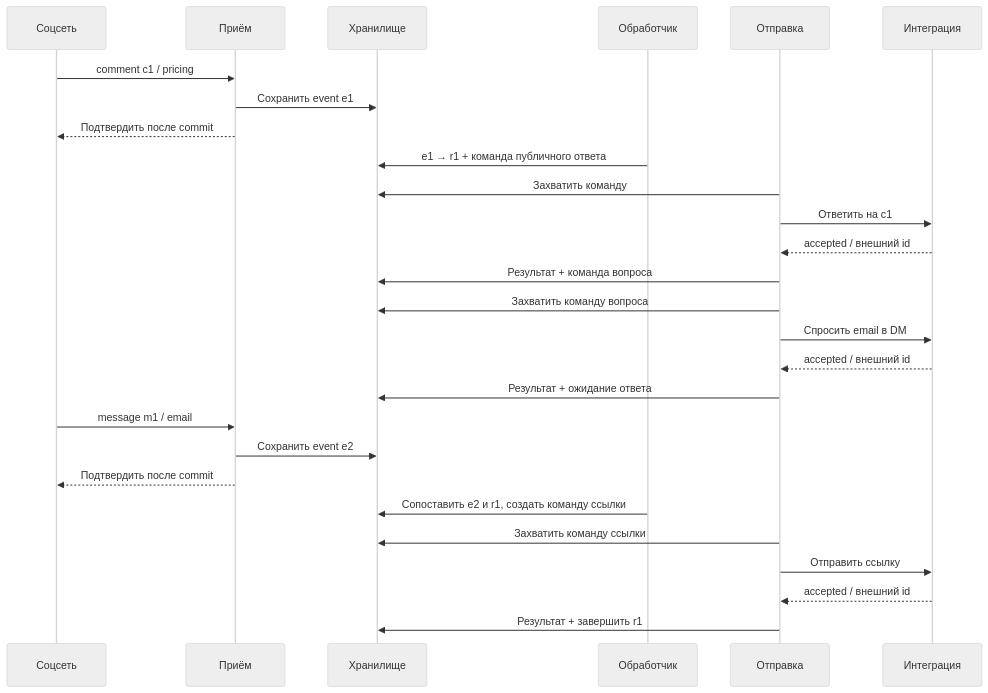
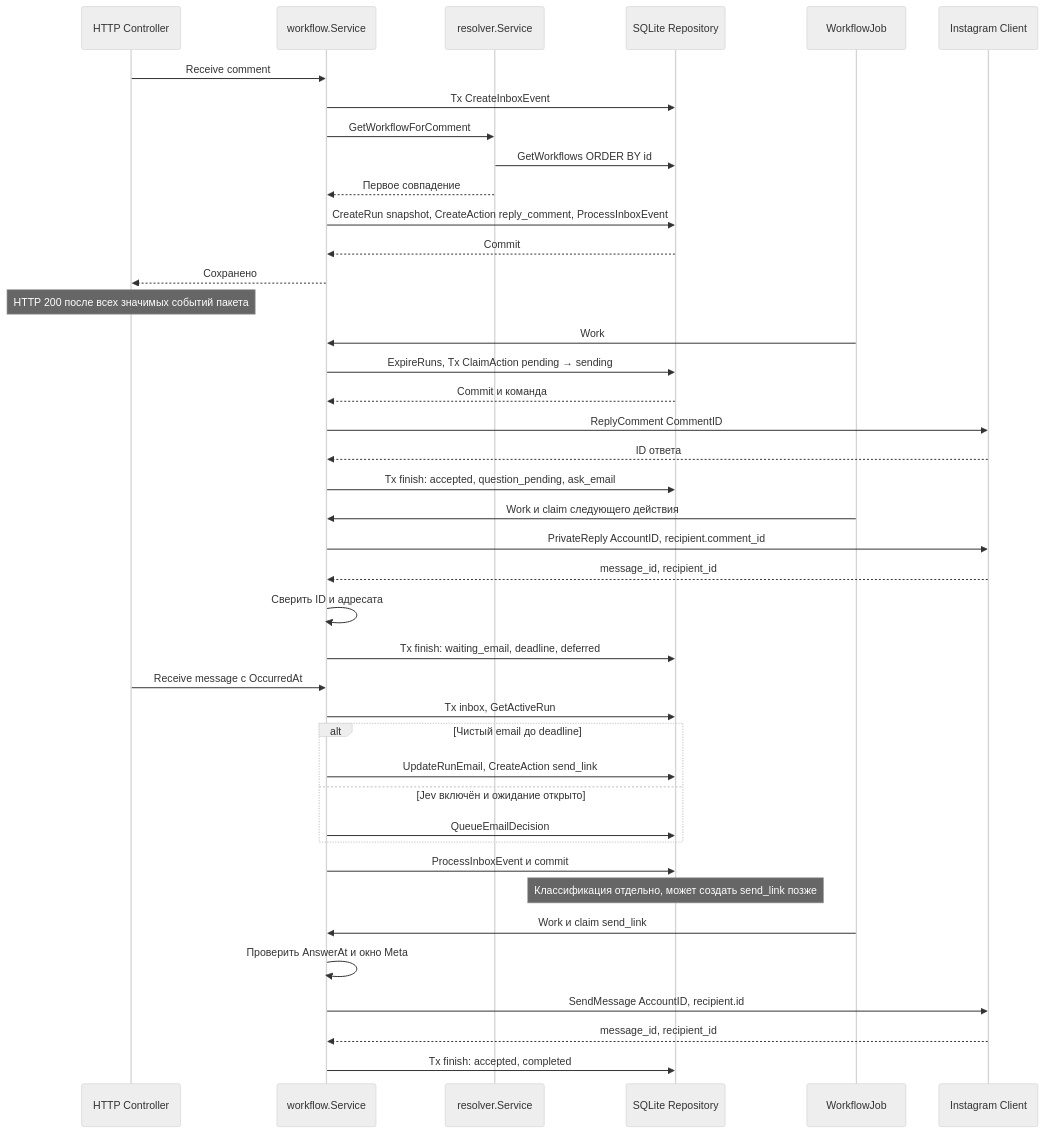
The second of 4 diagrams in docs/tasks/2026-1028-plan-start.md (doxanocap/blotato), drawn with Mermaid (neutral theme) before and after one commit. The commit also changed other lines of this file and 114 other files, not shown here.

````diff
--- a/docs/tasks/2026-1028-plan-start.md
+++ b/docs/tasks/2026-1028-plan-start.md
@@ -156,29 +184,43 @@
 ```mermaid
 sequenceDiagram
-    participant S as Соцсеть
-    participant I as Приём
-    participant DB as Хранилище
-    participant E as Обработчик
-    participant W as Отправка
-    participant P as Интеграция
-    S->>I: comment c1 / pricing
-    I->>DB: Сохранить event e1
-    I-->>S: Подтвердить после commit
-    E->>DB: e1 → r1 + команда публичного ответа
-    W->>DB: Захватить команду
-    W->>P: Ответить на c1
-    P-->>W: accepted / внешний id
-    W->>DB: Результат + команда вопроса
-    W->>DB: Захватить команду вопроса
-    W->>P: Спросить email в DM
-    P-->>W: accepted / внешний id
-    W->>DB: Результат + ожидание ответа
-    S->>I: message m1 / email
-    I->>DB: Сохранить event e2
-    I-->>S: Подтвердить после commit
-    E->>DB: Сопоставить e2 и r1, создать команду ссылки
-    W->>DB: Захватить команду ссылки
-    W->>P: Отправить ссылку
-    P-->>W: accepted / внешний id
-    W->>DB: Результат + завершить r1
+    participant H as HTTP Controller
+    participant S as workflow.Service
+    participant R as resolver.Service
+    participant D as SQLite Repository
+    participant W as WorkflowJob
+    participant P as Instagram Client
+    H->>S: Receive comment
+    S->>D: Tx CreateInboxEvent
+    S->>R: GetWorkflowForComment
+    R->>D: GetWorkflows ORDER BY id
+    R-->>S: Первое совпадение
+    S->>D: CreateRun snapshot, CreateAction reply_comment, ProcessInboxEvent
+    D-->>S: Commit
+    S-->>H: Сохранено
+    Note over H: HTTP 200 после всех значимых событий пакета
+    W->>S: Work
+    S->>D: ExpireRuns, Tx ClaimAction pending → sending
+    D-->>S: Commit и команда
+    S->>P: ReplyComment CommentID
+    P-->>S: ID ответа
+    S->>D: Tx finish: accepted, question_pending, ask_email
+    W->>S: Work и claim следующего действия
+    S->>P: PrivateReply AccountID, recipient.comment_id
+    P-->>S: message_id, recipient_id
+    S->>S: Сверить ID и адресата
+    S->>D: Tx finish: waiting_email, deadline, deferred
+    H->>S: Receive message с OccurredAt
+    S->>D: Tx inbox, GetActiveRun
+    alt Чистый email до deadline
+        S->>D: UpdateRunEmail, CreateAction send_link
+    else Jev включён и ожидание открыто
+        S->>D: QueueEmailDecision
+    end
+    S->>D: ProcessInboxEvent и commit
+    Note over D: Классификация отдельно, может создать send_link позже
+    W->>S: Work и claim send_link
+    S->>S: Проверить AnswerAt и окно Meta
+    S->>P: SendMessage AccountID, recipient.id
+    P-->>S: message_id, recipient_id
+    S->>D: Tx finish: accepted, completed
 ```
````
